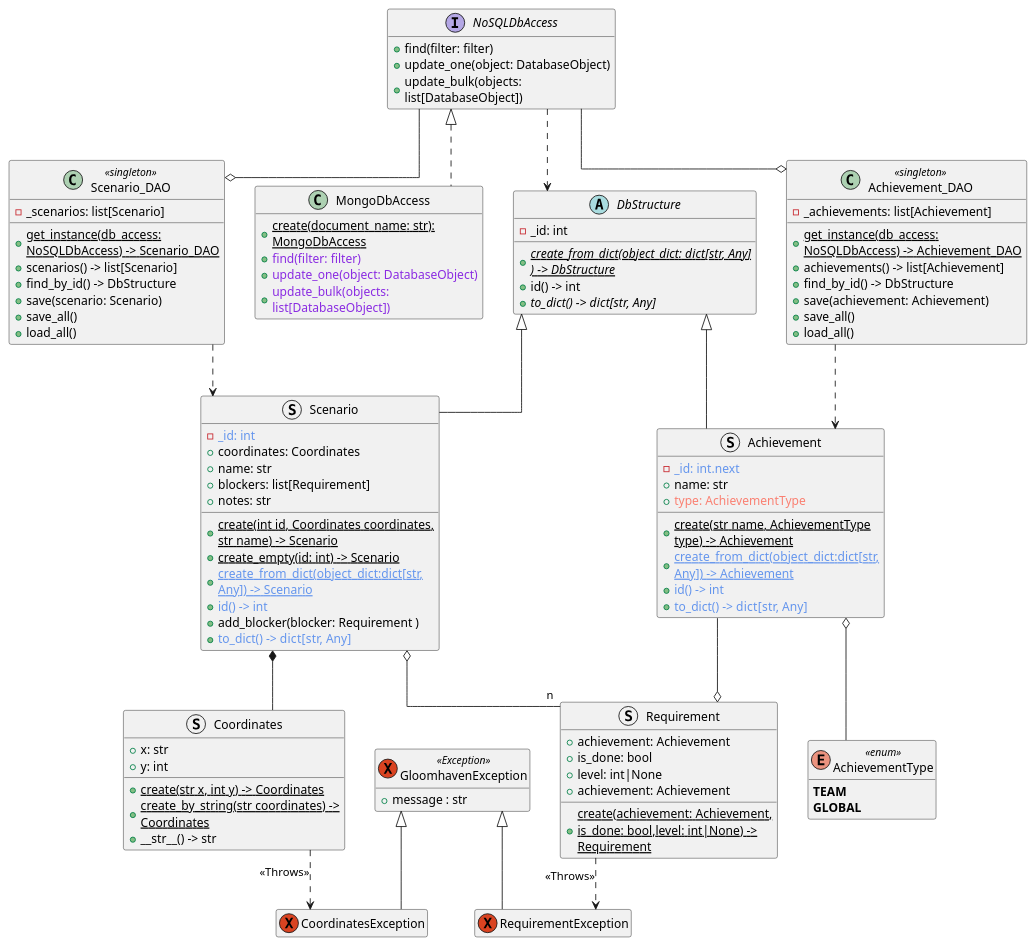
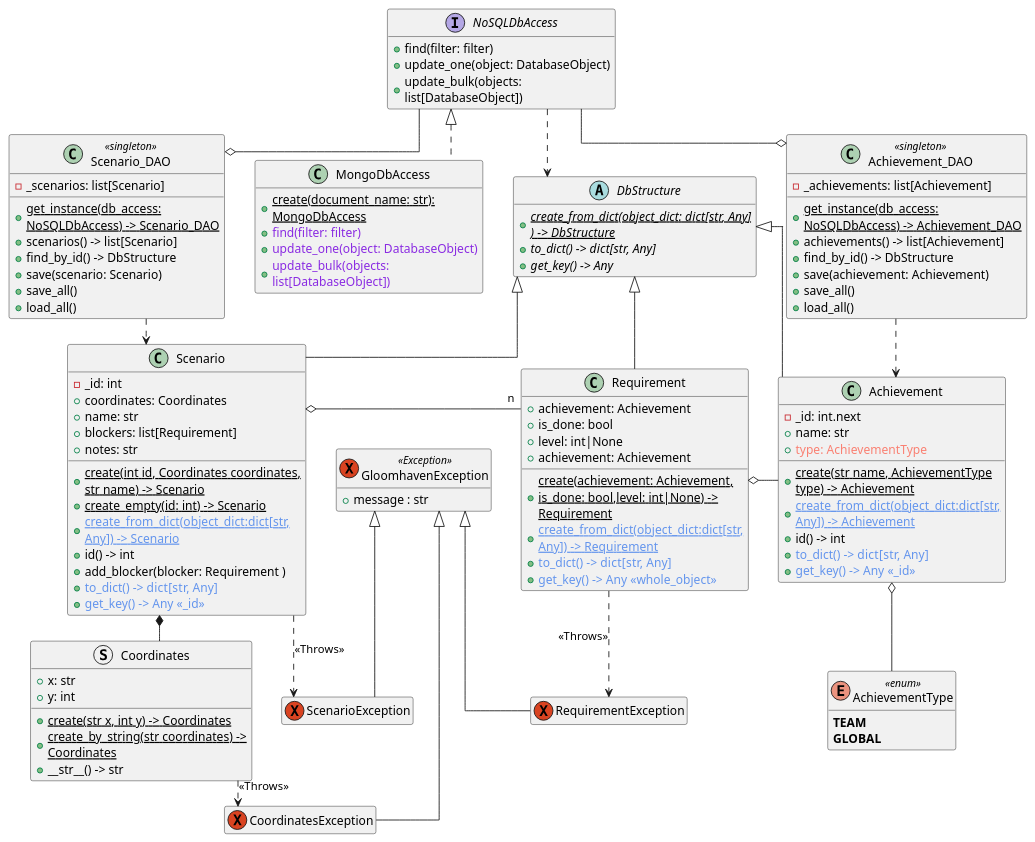
Before and after one commit to DeXo2940/gloomhavenMapMapper: the diagram in gloomhaven_pckg.wsd, drawn with PlantUML.

Commit message:
Changes to the abstract class in uml

```diff
--- a/gloomhaven_pckg.wsd
+++ b/gloomhaven_pckg.wsd
@@ -1,129 +1,137 @@
 @startuml GloomhavenUML
     hide empty members
     skinparam {
         linetype ortho
         wrapWidth 260
+        ' default 60, line length
+        ranksep 30
+        ' default 35, separation of boxes
+        nodesep 35
     }
     
     abstract DbStructure {
-        -_id: int
-
         +{abstract}{static}create_from_dict(object_dict: dict[str, Any] ) -> DbStructure 
-        +id() -> int
         +{abstract}to_dict() -> dict[str, Any]
+        +{abstract}get_key() -> Any
     }
 
-    struct Scenario extends DbStructure{
-        -<color:#CornflowerBlue>_id: int
+    class Scenario extends DbStructure{
+        -_id: int
         +coordinates: Coordinates
         +name: str 
         +blockers: list[Requirement]
         +notes: str
 
         +{static}create(int id, Coordinates coordinates, str name) -> Scenario
         +{static}create_empty(id: int) -> Scenario
         +<color:#CornflowerBlue>{static}create_from_dict(object_dict:dict[str, Any]) -> Scenario
-        +<color:#CornflowerBlue>id() -> int 
+        +id() -> int 
         +add_blocker(blocker: Requirement )
         +<color:#CornflowerBlue>to_dict() -> dict[str, Any]
+        +<color:#CornflowerBlue>get_key() -> Any <<_id>>
     } 
 
     struct Coordinates {
         +x: str
         +y: int
 
         +{static}create(str x, int y) -> Coordinates
         +{static}create_by_string(str coordinates) -> Coordinates
         +__str__() -> str
     }
 
-    struct Requirement  {
-        ' -<color:#Red>_id: int
+    class Requirement extends DbStructure {
         +achievement: Achievement 
         +is_done: bool 
         +level: int|None 
         +achievement: Achievement
 
         +{static}create(achievement: Achievement, is_done: bool,level: int|None) -> Requirement
-        ' +<color:#Red>id() -> int
-        ' +<color:#CornflowerBlue>to_dict() -> dict[str, Any]
+        +<color:#CornflowerBlue>{static}create_from_dict(object_dict:dict[str, Any]) -> Requirement
+        +<color:#CornflowerBlue>to_dict() -> dict[str, Any]
+        +<color:#CornflowerBlue>get_key() -> Any <<whole_object>>
     }
 
-    struct Achievement extends DbStructure{
-        -<color:#CornflowerBlue>_id: int.next
+    class Achievement extends DbStructure{
+        -_id: int.next
         +name: str
         +<color:#Salmon>type: AchievementType
 
         +{static}create(str name, AchievementType type) -> Achievement
         +<color:#CornflowerBlue>{static}create_from_dict(object_dict:dict[str, Any]) -> Achievement
-        +<color:#CornflowerBlue>id() -> int
+        +id() -> int
         +<color:#CornflowerBlue>to_dict() -> dict[str, Any]
+        +<color:#CornflowerBlue>get_key() -> Any <<_id>>
     }
         
     Enum AchievementType <<enum>> {
         **TEAM**
         **GLOBAL**
     }
 
     interface NoSQLDbAccess{
         +find(filter: filter)
         +update_one(object: DatabaseObject)
         +update_bulk(objects: list[DatabaseObject])
     }
 
     class MongoDbAccess implements NoSQLDbAccess{
         +{static}create(document_name: str): MongoDbAccess
         +<color:#BlueViolet>find(filter: filter)
         +<color:#BlueViolet>update_one(object: DatabaseObject)
         +<color:#BlueViolet>update_bulk(objects: list[DatabaseObject])
     }
 
     class Scenario_DAO <<singleton>> {
         -_scenarios: list[Scenario]
         
         +{static}get_instance(db_access: NoSQLDbAccess) -> Scenario_DAO
         +scenarios() -> list[Scenario]
         +find_by_id() -> DbStructure
         +save(scenario: Scenario)
         +save_all()
         +load_all()
     }
 
     class Achievement_DAO <<singleton>> {
         -_achievements: list[Achievement]
         
         +{static}get_instance(db_access: NoSQLDbAccess) -> Achievement_DAO
         +achievements() -> list[Achievement]
         +find_by_id() -> DbStructure
         +save(achievement: Achievement)
         +save_all()
         +load_all()
     }
-    
 
     exception GloomhavenException <<Exception>>{
         +message : str
     }
     exception CoordinatesException extends GloomhavenException
     exception RequirementException extends GloomhavenException
+    exception ScenarioException extends GloomhavenException
     
     'Dependency
     NoSQLDbAccess ..> DbStructure
        
     Achievement_DAO ..> Achievement
     Scenario_DAO ..> Scenario
 
     Requirement ..> RequirementException : <<Throws>>
     Coordinates ..> CoordinatesException : <<Throws>>
+    Scenario ..> ScenarioException : <<Throws>>
 
     NoSQLDbAccess --o Scenario_DAO
     NoSQLDbAccess --o Achievement_DAO
 
     Achievement o-- AchievementType
+    ' AchievementType --o Achievement
 
     Scenario *-- Coordinates
+    ' Coordinates --* Scenario
 
-    Scenario  o-- "n" Requirement
-    Achievement --o Requirement
+    Scenario  o- "n" Requirement
+    Requirement o- Achievement
+    ' Achievement --o Requirement
 
 @enduml
```
